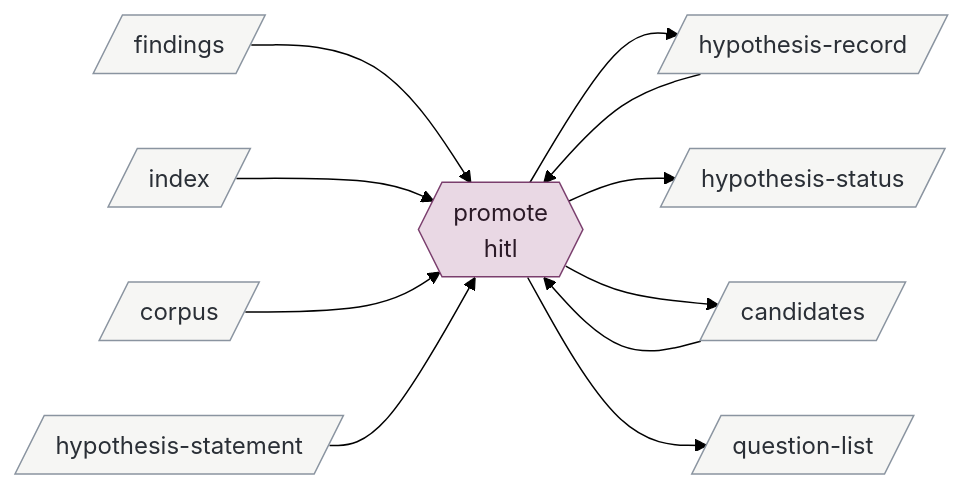
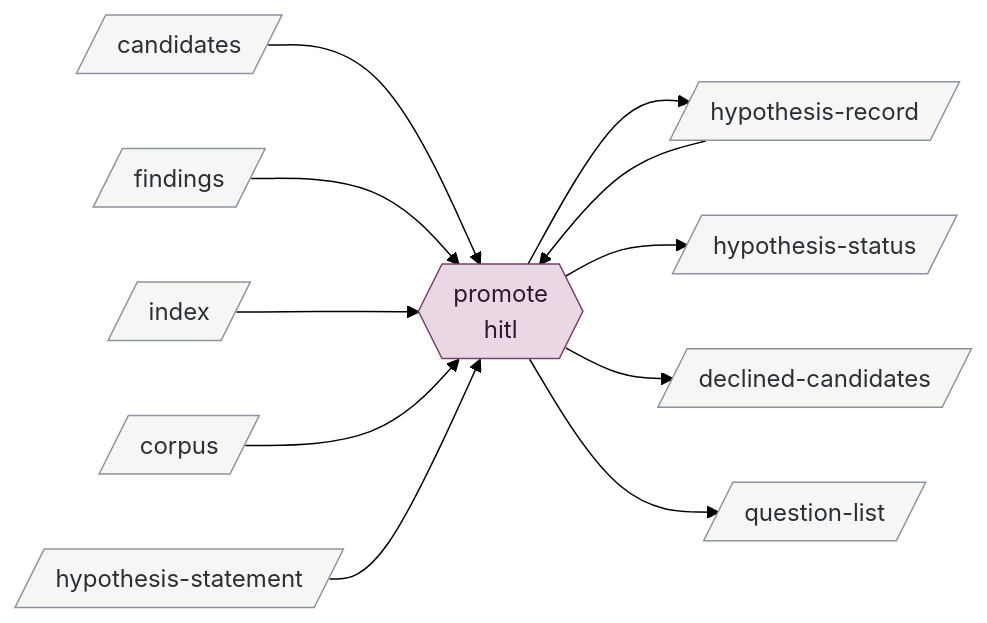
Before and after one commit to bc414/StoryPlanner: the third of 15 diagrams in .claude/skills/v3-buildout-2/map.md, drawn with Mermaid (forest theme). The commit also changed other lines of this file and 18 other files, not shown here.

````diff
--- a/.claude/skills/v3-buildout-2/map.md
+++ b/.claude/skills/v3-buildout-2/map.md
@@ -85,29 +85,30 @@
 ```mermaid
 flowchart LR
   classDef hitl fill:#e9d8e4,stroke:#7a3e6d,color:#2b1a27
   classDef session fill:#dce6f0,stroke:#3b5b7c,color:#14202c
   classDef agent fill:#f5e6c8,stroke:#b7791f,color:#3a2a08
   classDef artifact fill:#f6f6f4,stroke:#8a94a0,color:#2a2f36
   classDef activity fill:#dcebdd,stroke:#4b7f52,color:#122816
   classDef terminus fill:#e4e4ea,stroke:#5b5b7a,color:#1c1c2c
   promote{{"promote<br/>hitl"}}:::hitl
   candidates[/"candidates"/]:::artifact
   corpus[/"corpus"/]:::artifact
+  declinedcandidates[/"declined-candidates"/]:::artifact
   findings[/"findings"/]:::artifact
   hypothesisrecord[/"hypothesis-record"/]:::artifact
   hypothesisstatement[/"hypothesis-statement"/]:::artifact
   hypothesisstatus[/"hypothesis-status"/]:::artifact
   index[/"index"/]:::artifact
   questionlist[/"question-list"/]:::artifact
 
   candidates --> promote
   findings --> promote
   index --> promote
   corpus --> promote
   hypothesisstatement --> promote
   hypothesisrecord --> promote
   promote --> hypothesisrecord
   promote --> hypothesisstatus
-  promote --> candidates
+  promote --> declinedcandidates
   promote --> questionlist
 ```
````
